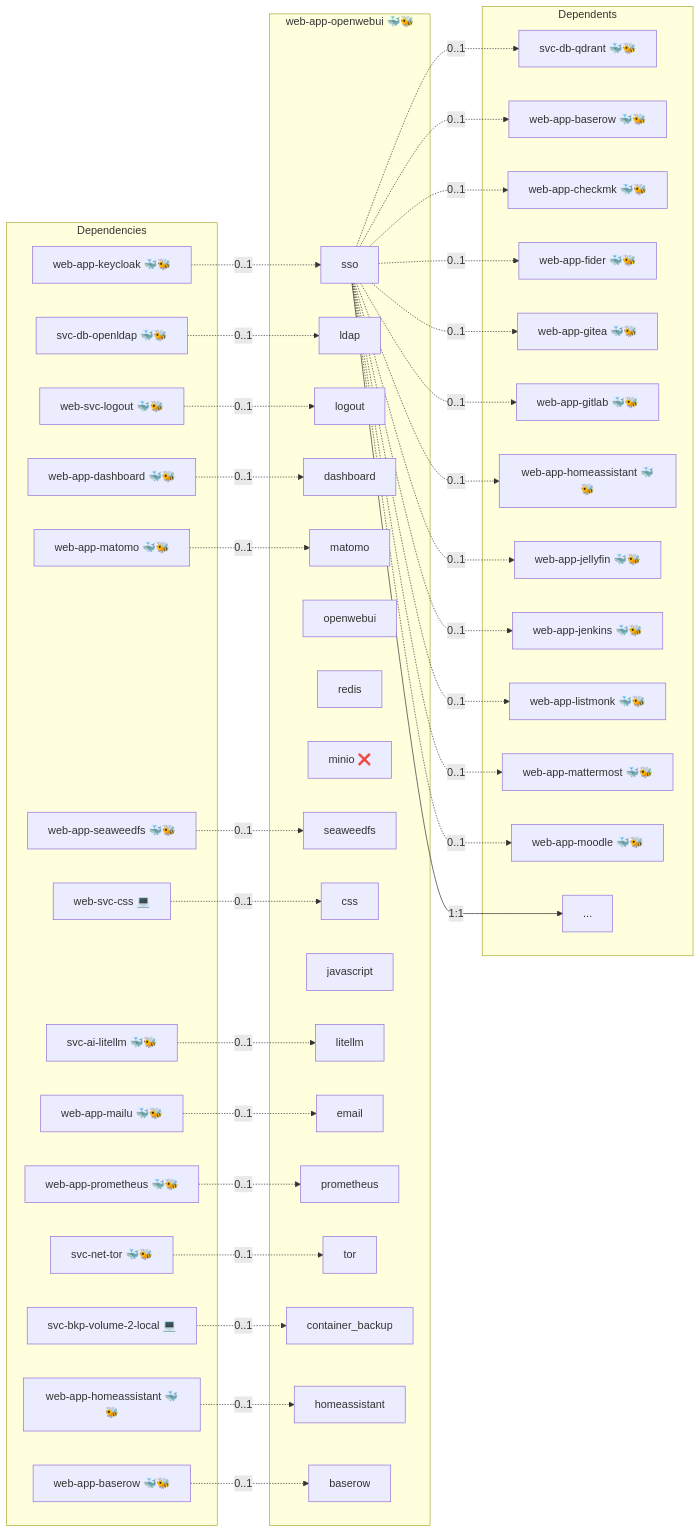
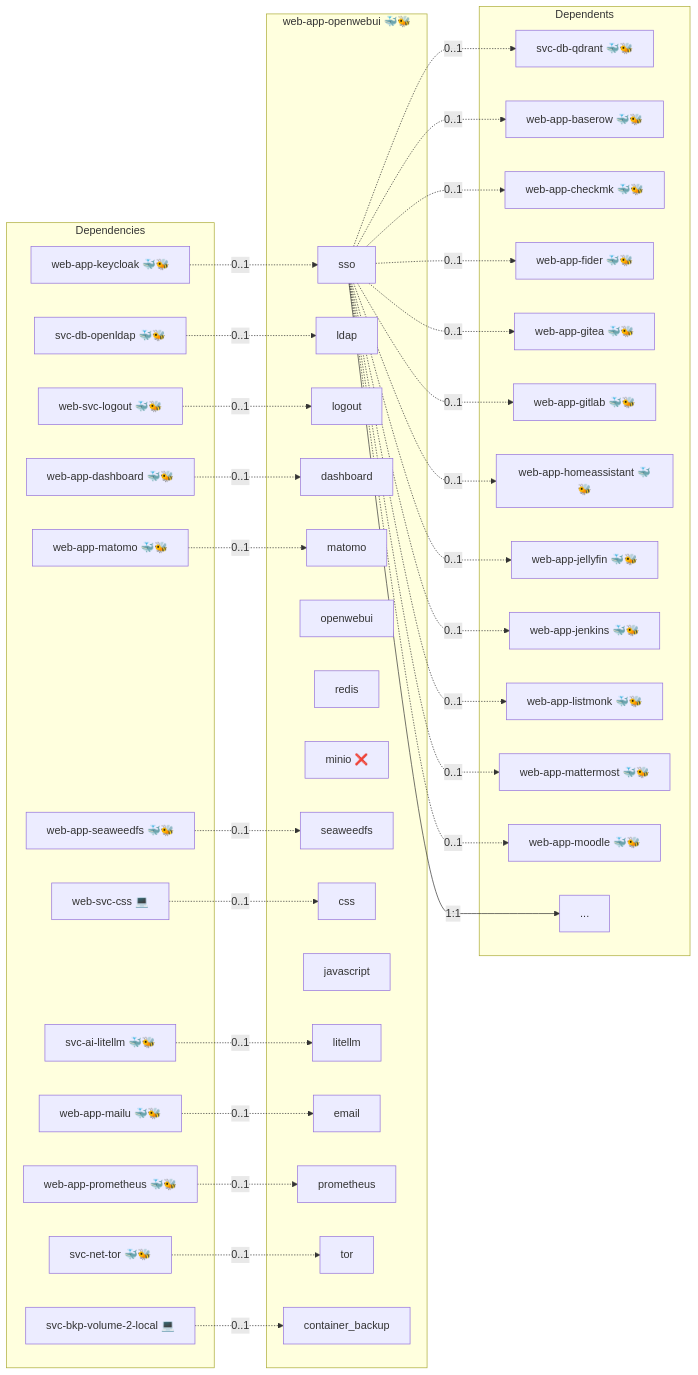
One commit to infinito-nexus/core changed the diagram in roles/web-app-openwebui/README.md. Above: the diagram before and after it, drawn with Mermaid. The commit also changed 6 other files, not shown here.

````diff
--- a/roles/web-app-openwebui/README.md
+++ b/roles/web-app-openwebui/README.md
@@ -15,81 +15,75 @@
 ```mermaid
 flowchart LR
     subgraph deps [Dependencies]
         dep_svc_ai_litellm["svc-ai-litellm 🐳🐝"]
         dep_svc_bkp_volume_2_local["svc-bkp-volume-2-local 💻"]
         dep_svc_db_openldap["svc-db-openldap 🐳🐝"]
         dep_svc_net_tor["svc-net-tor 🐳🐝"]
-        dep_web_app_baserow["web-app-baserow 🐳🐝"]
         dep_web_app_dashboard["web-app-dashboard 🐳🐝"]
-        dep_web_app_homeassistant["web-app-homeassistant 🐳🐝"]
         dep_web_app_keycloak["web-app-keycloak 🐳🐝"]
         dep_web_app_mailu["web-app-mailu 🐳🐝"]
         dep_web_app_matomo["web-app-matomo 🐳🐝"]
         dep_web_app_prometheus["web-app-prometheus 🐳🐝"]
         dep_web_app_seaweedfs["web-app-seaweedfs 🐳🐝"]
         dep_web_svc_css["web-svc-css 💻"]
         dep_web_svc_logout["web-svc-logout 🐳🐝"]
     end
     subgraph role [web-app-openwebui 🐳🐝]
         svc_sso["sso"]
         svc_ldap["ldap"]
         svc_logout["logout"]
         svc_dashboard["dashboard"]
         svc_matomo["matomo"]
         svc_openwebui["openwebui"]
         svc_redis["redis"]
         svc_minio["minio ❌"]
         svc_seaweedfs["seaweedfs"]
         svc_css["css"]
         svc_javascript["javascript"]
         svc_litellm["litellm"]
         svc_email["email"]
         svc_prometheus["prometheus"]
         svc_tor["tor"]
         svc_container_backup["container_backup"]
-        svc_homeassistant["homeassistant"]
-        svc_baserow["baserow"]
     end
     subgraph dependents [Dependents]
         dpt_svc_db_qdrant["svc-db-qdrant 🐳🐝"]
         dpt_web_app_baserow["web-app-baserow 🐳🐝"]
         dpt_web_app_checkmk["web-app-checkmk 🐳🐝"]
         dpt_web_app_fider["web-app-fider 🐳🐝"]
         dpt_web_app_gitea["web-app-gitea 🐳🐝"]
         dpt_web_app_gitlab["web-app-gitlab 🐳🐝"]
         dpt_web_app_homeassistant["web-app-homeassistant 🐳🐝"]
         dpt_web_app_jellyfin["web-app-jellyfin 🐳🐝"]
         dpt_web_app_jenkins["web-app-jenkins 🐳🐝"]
         dpt_web_app_listmonk["web-app-listmonk 🐳🐝"]
         dpt_web_app_mattermost["web-app-mattermost 🐳🐝"]
         dpt_web_app_moodle["web-app-moodle 🐳🐝"]
         dpt_more["..."]
     end
     dep_svc_ai_litellm -. "0..1" .-> svc_litellm
     dep_svc_bkp_volume_2_local -. "0..1" .-> svc_container_backup
     dep_svc_db_openldap -. "0..1" .-> svc_ldap
     dep_svc_net_tor -. "0..1" .-> svc_tor
-    dep_web_app_baserow -. "0..1" .-> svc_baserow
     dep_web_app_dashboard -. "0..1" .-> svc_dashboard
-    dep_web_app_homeassistant -. "0..1" .-> svc_homeassistant
     dep_web_app_keycloak -. "0..1" .-> svc_sso
     dep_web_app_mailu -. "0..1" .-> svc_email
     dep_web_app_matomo -. "0..1" .-> svc_matomo
     dep_web_app_prometheus -. "0..1" .-> svc_prometheus
     dep_web_app_seaweedfs -. "0..1" .-> svc_seaweedfs
     dep_web_svc_css -. "0..1" .-> svc_css
     dep_web_svc_logout -. "0..1" .-> svc_logout
     svc_sso -- "1:1" --> dpt_more
     svc_sso -. "0..1" .-> dpt_svc_db_qdrant
     svc_sso -. "0..1" .-> dpt_web_app_baserow
     svc_sso -. "0..1" .-> dpt_web_app_checkmk
     svc_sso -. "0..1" .-> dpt_web_app_fider
     svc_sso -. "0..1" .-> dpt_web_app_gitea
     svc_sso -. "0..1" .-> dpt_web_app_gitlab
     svc_sso -. "0..1" .-> dpt_web_app_homeassistant
     svc_sso -. "0..1" .-> dpt_web_app_jellyfin
     svc_sso -. "0..1" .-> dpt_web_app_jenkins
     svc_sso -. "0..1" .-> dpt_web_app_listmonk
     svc_sso -. "0..1" .-> dpt_web_app_mattermost
     svc_sso -. "0..1" .-> dpt_web_app_moodle
 ```
````
